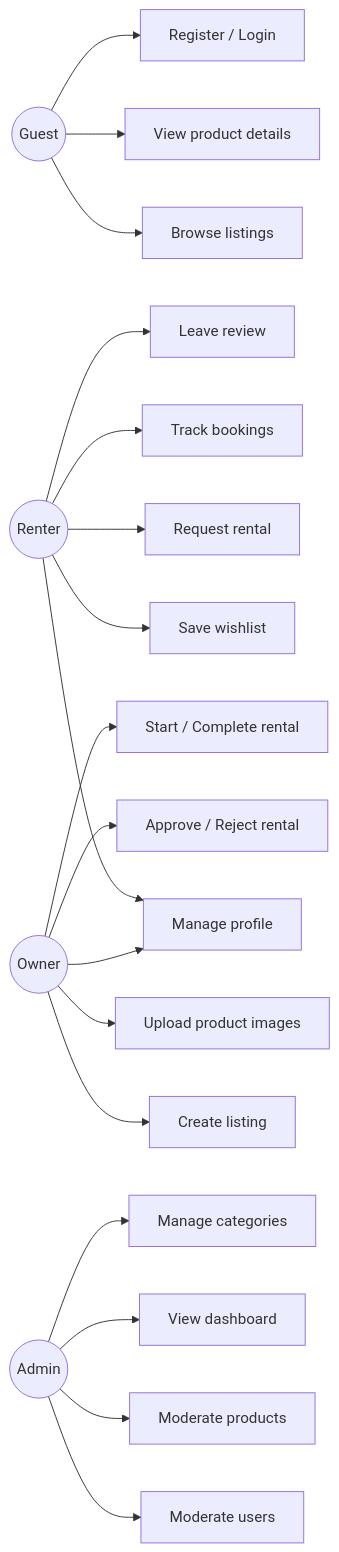
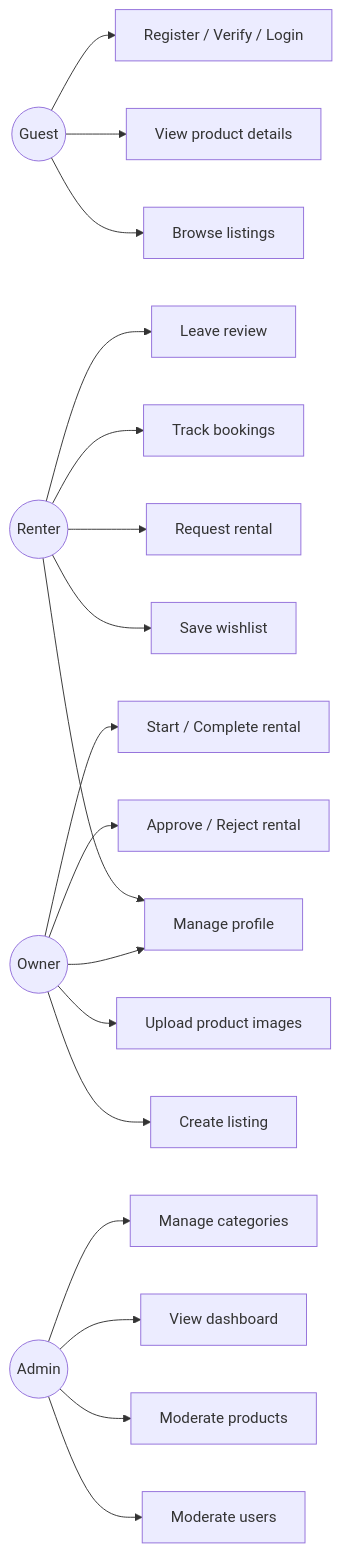
Before and after one commit to E-m-ad/Graduation-Project: the second of 5 diagrams in README.md, drawn with Mermaid. The commit also changed other lines of this file and 34 other files, not shown here.

````diff
--- a/README.md
+++ b/README.md
@@ -184,45 +186,45 @@
 ```mermaid
 flowchart LR
   Guest((Guest))
   Renter((Renter))
   Owner((Owner))
   Admin((Admin))
 
   UC1[Browse listings]
   UC2[View product details]
-  UC3[Register / Login]
+  UC3[Register / Verify / Login]
   UC4[Manage profile]
   UC5[Save wishlist]
   UC6[Request rental]
   UC7[Track bookings]
   UC8[Create listing]
   UC9[Upload product images]
   UC10[Approve / Reject rental]
   UC11[Start / Complete rental]
   UC12[Leave review]
   UC13[Moderate users]
   UC14[Moderate products]
   UC15[View dashboard]
   UC16[Manage categories]
 
   Guest --> UC1
   Guest --> UC2
   Guest --> UC3
 
   Renter --> UC4
   Renter --> UC5
   Renter --> UC6
   Renter --> UC7
   Renter --> UC12
 
   Owner --> UC4
   Owner --> UC8
   Owner --> UC9
   Owner --> UC10
   Owner --> UC11
 
   Admin --> UC13
   Admin --> UC14
   Admin --> UC15
   Admin --> UC16
 ```
````
